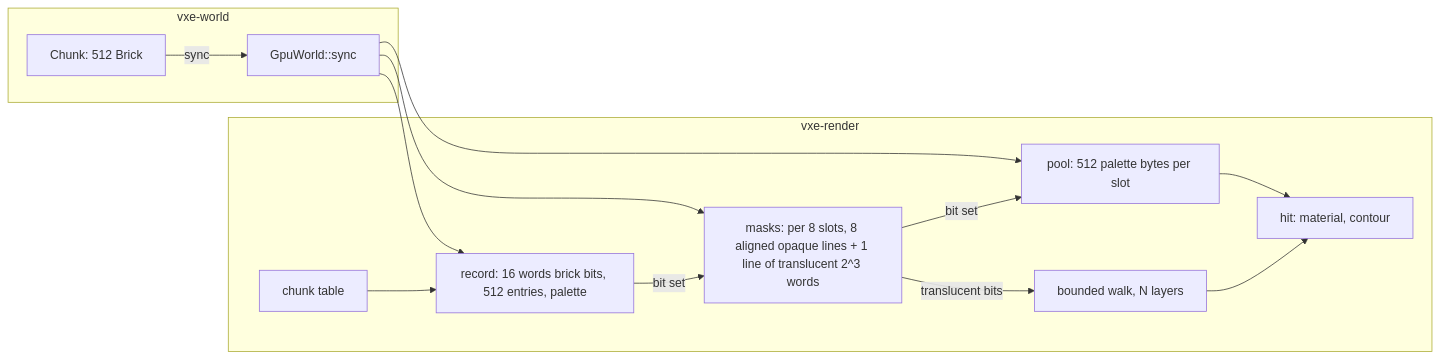
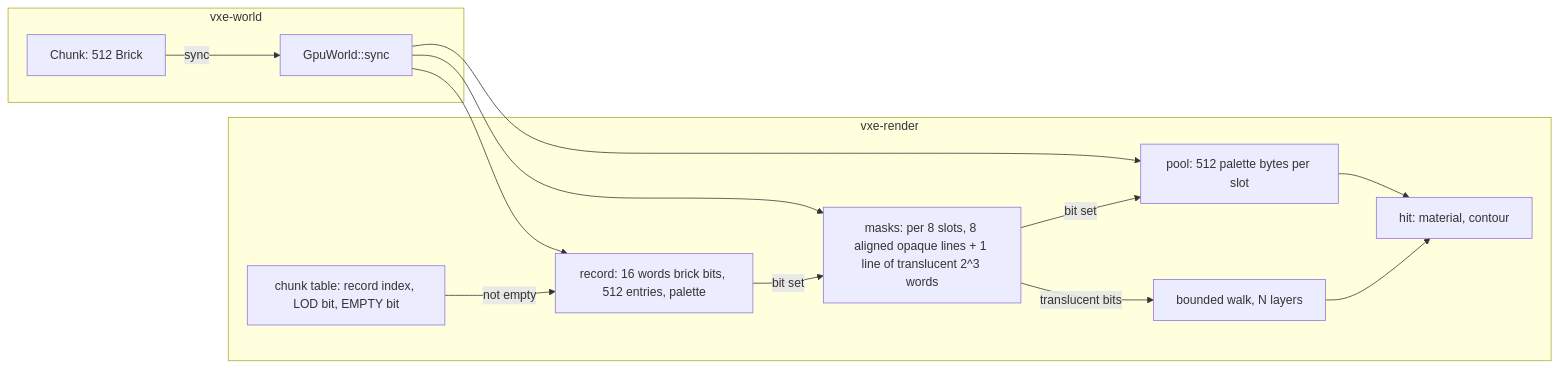
Before and after one commit to IgorKonovalov/voxel-engine: the diagram in docs/plans/0015-traversal-hierarchy-chunk-bits-brick-masks-and-translucent-class.md, drawn with Mermaid. The commit also changed other lines of this file and 1 other file, not shown here.

First line of the commit message:
docs(plans): amend plan 0015 chunk skip and read counts before phase 2

````diff
--- a/docs/plans/0015-traversal-hierarchy-chunk-bits-brick-masks-and-translucent-class.md
+++ b/docs/plans/0015-traversal-hierarchy-chunk-bits-brick-masks-and-translucent-class.md
@@ -75,17 +95,17 @@
 ```mermaid
 flowchart LR
     subgraph vxe-world
         W[Chunk: 512 Brick] -->|sync| U
     end
     subgraph vxe-render
         U[GpuWorld::sync] --> R[record: 16 words brick bits, 512 entries, palette]
         U --> M[masks: per 8 slots, 8 aligned opaque lines + 1 line of translucent 2^3 words]
         U --> P[pool: 512 palette bytes per slot]
-        T[chunk table] --> R
+        T[chunk table: record index, LOD bit, EMPTY bit] -->|not empty| R
         R -->|bit set| M
         M -->|bit set| P
         P --> H[hit: material, contour]
         M -->|translucent bits| A[bounded walk, N layers]
         A --> H
     end
 ```
````
